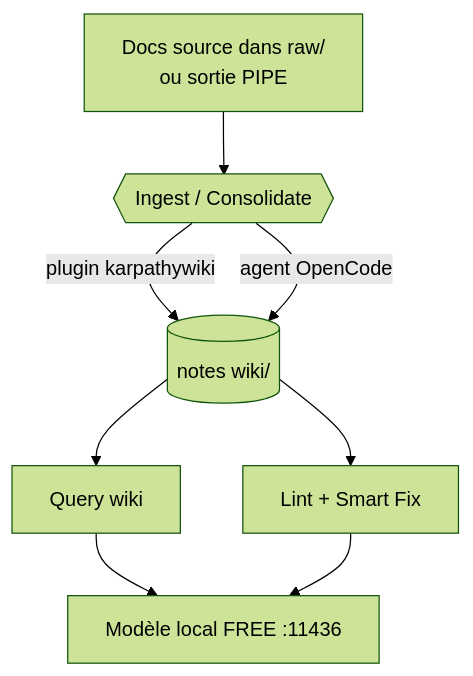
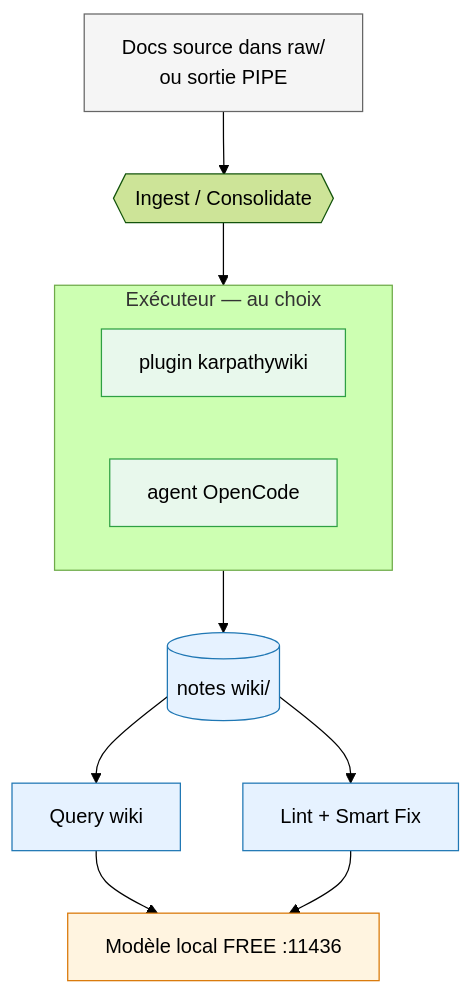
The third of 3 diagrams in README.fr.md (chelmooz/RAG-Harvard-IT-teacher), drawn with Mermaid (forest theme) before and after one commit. The commit also changed other lines of this file and 1 other file, not shown here.

Commit message:
docs: update Mermaid diagrams — aligned with v6 stack (ports, Ollama Vulkan, auto-eval seq, Modèle 3)

````diff
--- a/README.fr.md
+++ b/README.fr.md
@@ -111,11 +128,24 @@
 ```mermaid
 flowchart TB
-    S[Docs source dans raw/<br/>ou sortie PIPE]
+    classDef src fill:#f5f5f5,stroke:#666
+    classDef exec fill:#e8f8ec,stroke:#2ea043
+    classDef out fill:#e6f2ff,stroke:#1f77b4
+    classDef model fill:#fff4e0,stroke:#d97706
+
+    S[Docs source dans raw/<br/>ou sortie PIPE]:::src
     S --> ING{{Ingest / Consolidate}}
-    ING -->|plugin karpathywiki| KB[(notes wiki/)]
-    ING -->|agent OpenCode| KB
-    KB --> Q[Query wiki]
-    KB --> L[Lint + Smart Fix]
-    Q --> M[Modèle local FREE :11436]
+
+    subgraph EXEC["Exécuteur — au choix"]
+        direction LR
+        E1[plugin karpathywiki]:::exec
+        E2[agent OpenCode]:::exec
+    end
+
+    ING --> EXEC
+    EXEC --> KB[(notes wiki/)]:::out
+    KB --> Q[Query wiki]:::out
+    KB --> L[Lint + Smart Fix]:::out
+    M[Modèle local FREE :11436]:::model
+    Q --> M
     L --> M
 ```
````
